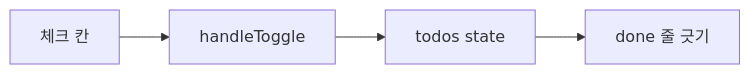
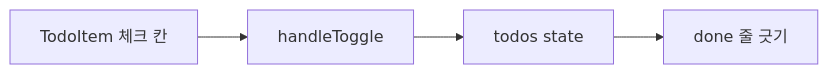
Before and after one commit to meta-agent-project/projectcode-agent: the third of 4 diagrams in .projectcode/wiki/scenarios.md, drawn with Mermaid. The commit also changed other lines of this file and 3 other files, not shown here.

````diff
--- a/.projectcode/wiki/scenarios.md
+++ b/.projectcode/wiki/scenarios.md
@@ -37,6 +37,6 @@
 ```mermaid
 flowchart LR
-  A[체크 칸] --> B[handleToggle]
+  A[TodoItem 체크 칸] --> B[handleToggle]
   B --> C[todos state]
   C --> D[done 줄 긋기]
 ```
````
